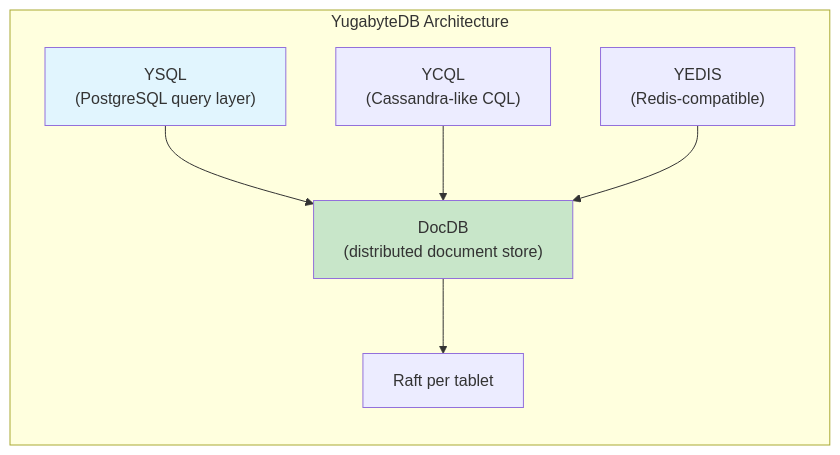
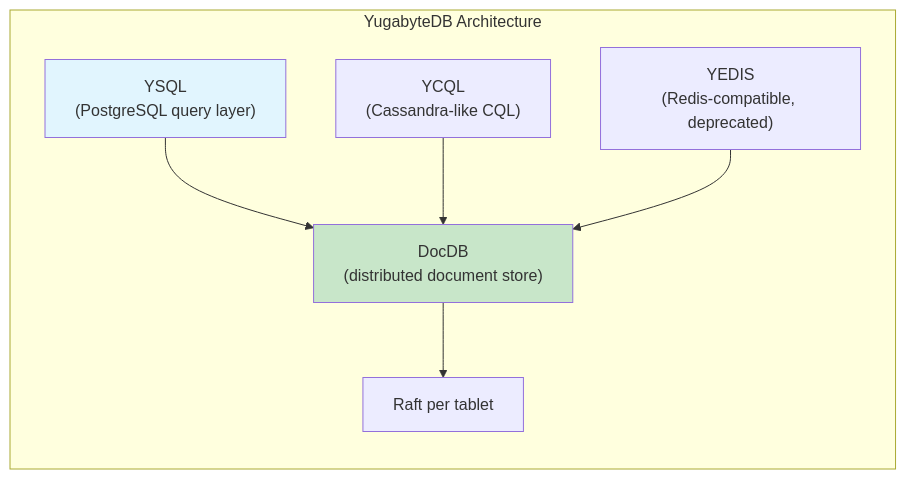
Diagram 11 of 15 in src/dbms/nosql/newsql.md (vanos001/placement_prep), drawn with Mermaid before and after one commit. The commit also changed other lines of this file and 153 other files, not shown here.

````diff
--- a/src/dbms/nosql/newsql.md
+++ b/src/dbms/nosql/newsql.md
@@ -301,19 +301,19 @@
 ```mermaid
 flowchart TD
     subgraph YugabyteDB["YugabyteDB Architecture"]
         direction TB
         YSQL["YSQL<br/>(PostgreSQL query layer)"]
         YCQL["YCQL<br/>(Cassandra-like CQL)"]
-        YEDIS["YEDIS<br/>(Redis-compatible)"]
+        YEDIS["YEDIS<br/>(Redis-compatible, deprecated)"]
         DOCDB["DocDB<br/>(distributed document store)"]
         RAFT2["Raft per tablet"]
 
         YSQL --> DOCDB
         YCQL --> DOCDB
         YEDIS --> DOCDB
         DOCDB --> RAFT2
     end
 
     style YSQL fill:#e1f5fe
     style DOCDB fill:#c8e6c9
 ```
````
